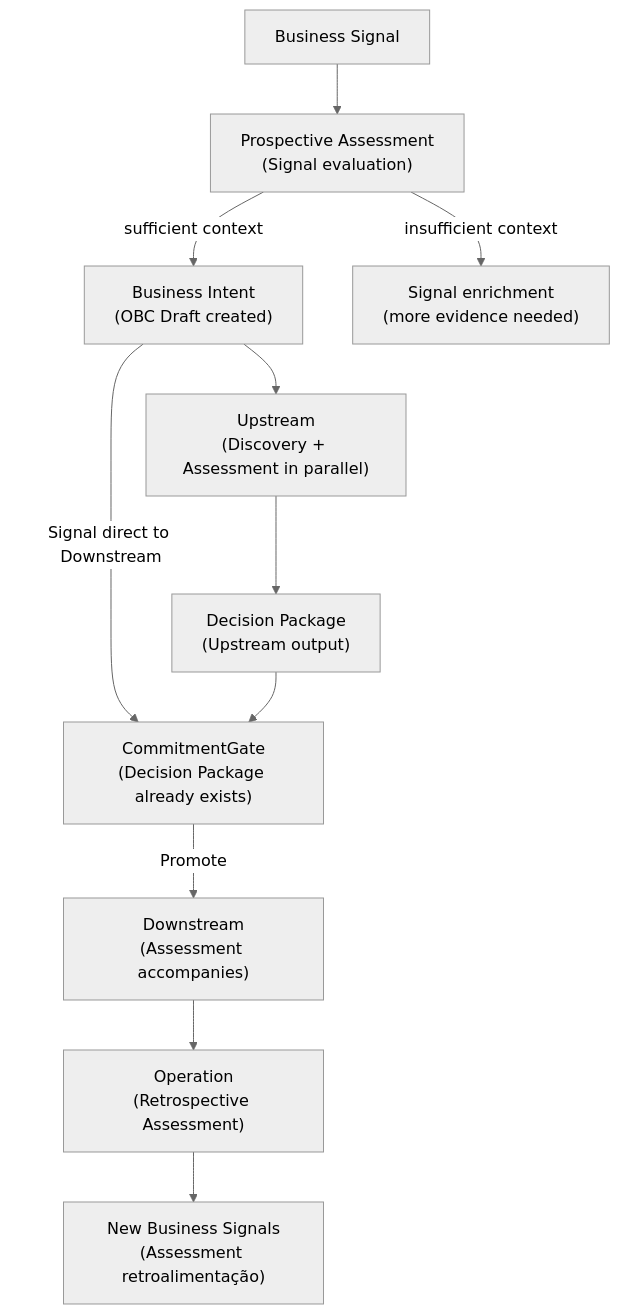
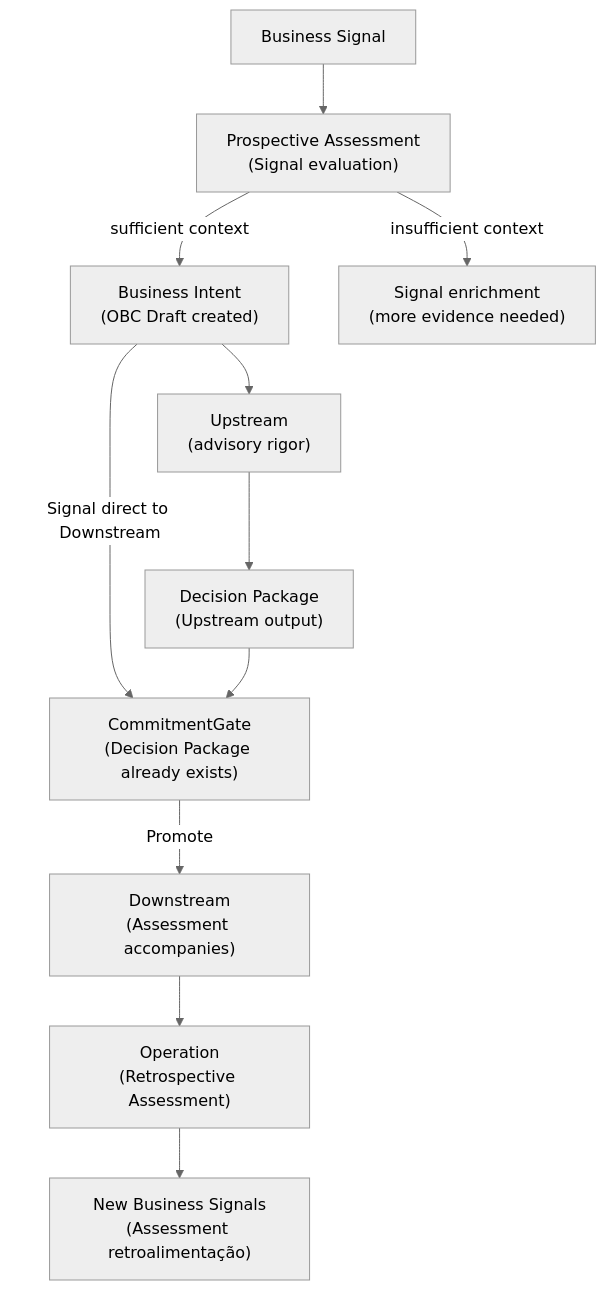
Before and after one commit to produtoreativo/from-intent-to-outcome: the first of 2 diagrams in en/chapter-04.md, drawn with Mermaid (neutral theme). The commit also changed 3 other files, not shown here.

First line of the commit message:
fix: remove conflações Upstream=Discovery em caps 4 e 11 (PT+EN)

````diff
--- a/en/chapter-04.md
+++ b/en/chapter-04.md
@@ -28,13 +28,13 @@
 ```mermaid
 graph TD
     BS["Business Signal"] --> A["Prospective Assessment\n(Signal evaluation)"]
     A --> |"sufficient context"| BI["Business Intent\n(OBC Draft created)"]
     A --> |"insufficient context"| EV["Signal enrichment\n(more evidence needed)"]
-    BI --> UP["Upstream\n(Discovery + Assessment in parallel)"]
+    BI --> UP["Upstream\n(advisory rigor)"]
     BI --> |"Signal direct to Downstream"| CG["CommitmentGate\n(Decision Package already exists)"]
     UP --> DP["Decision Package\n(Upstream output)"]
     DP --> CG
     CG --> |"Promote"| DS["Downstream\n(Assessment accompanies)"]
     DS --> OP["Operation\n(Retrospective Assessment)"]
     OP --> NBS["New Business Signals\n(Assessment retroalimentação)"]
 ```
````
